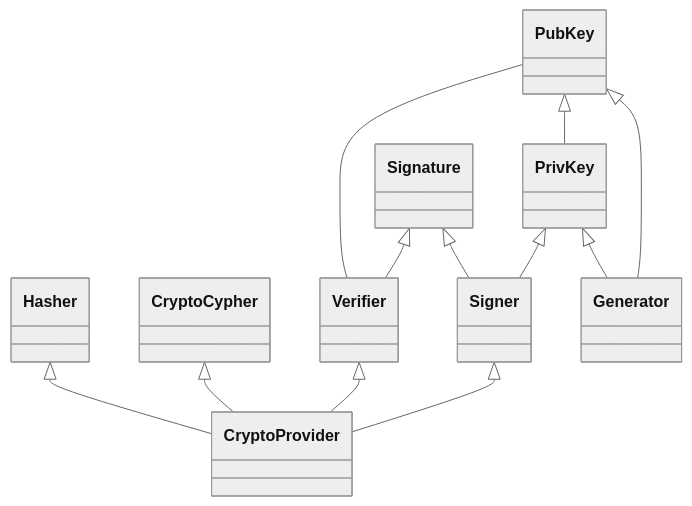
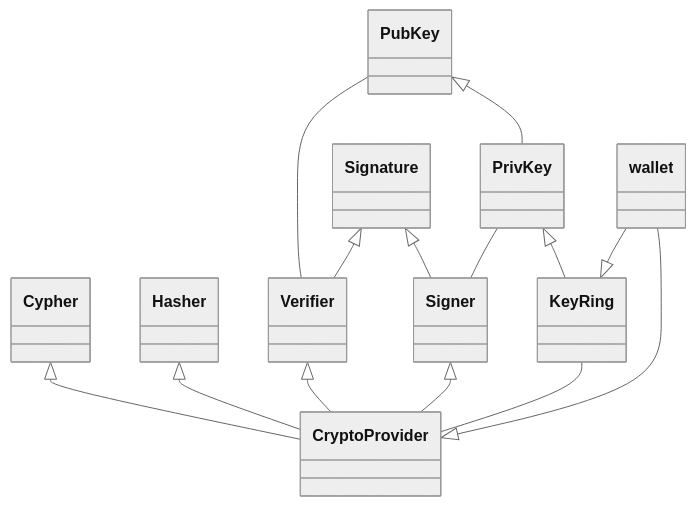
One commit to Zondax/cosmos-sdk changed the first of 7 diagrams in crypto/docs/adr.md. Above: the diagram before and after it, drawn with Mermaid (neutral theme).

Commit message:
improvements on diagrams

````diff
--- a/crypto/docs/adr.md
+++ b/crypto/docs/adr.md
@@ -45,19 +45,21 @@
 ```mermaid
 classDiagram
 
+Cypher <|-- CryptoProvider
 Hasher <|-- CryptoProvider
-CryptoCypher <|-- CryptoProvider
+
+PubKey <|-- PrivKey
 PubKey -- Verifier
 
-PubKey <|-- PrivKey
-PubKey <|-- Generator
+Signature <|-- Signer
+Signature <|-- Verifier
+PrivKey -- Signer
 
-PrivKey <|-- Signer
-PrivKey <|-- Generator
+Verifier <|-- CryptoProvider
+Signer <|-- CryptoProvider  
+KeyRing -- CryptoProvider
+PrivKey <|-- KeyRing
+wallet --|> KeyRing
+wallet --|> CryptoProvider
 
-Signature <|-- Verifier
-Signature <|-- Signer
-
-Signer <|-- CryptoProvider
-Verifier <|-- CryptoProvider
 ```
````
